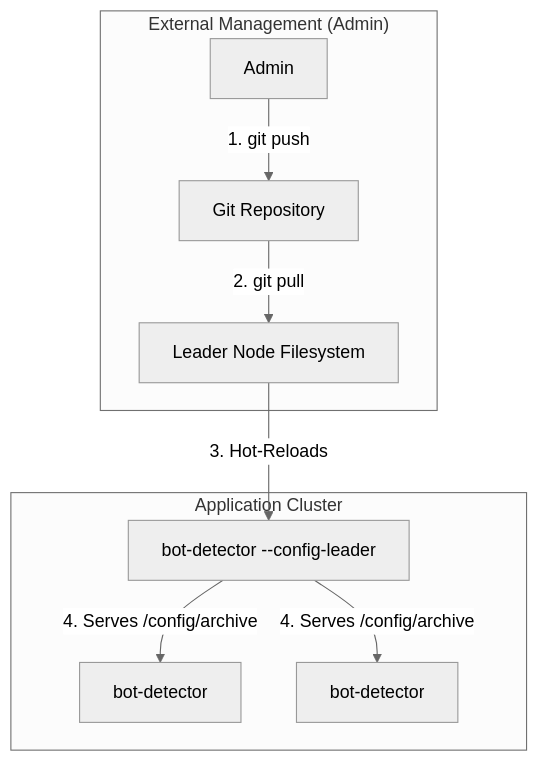
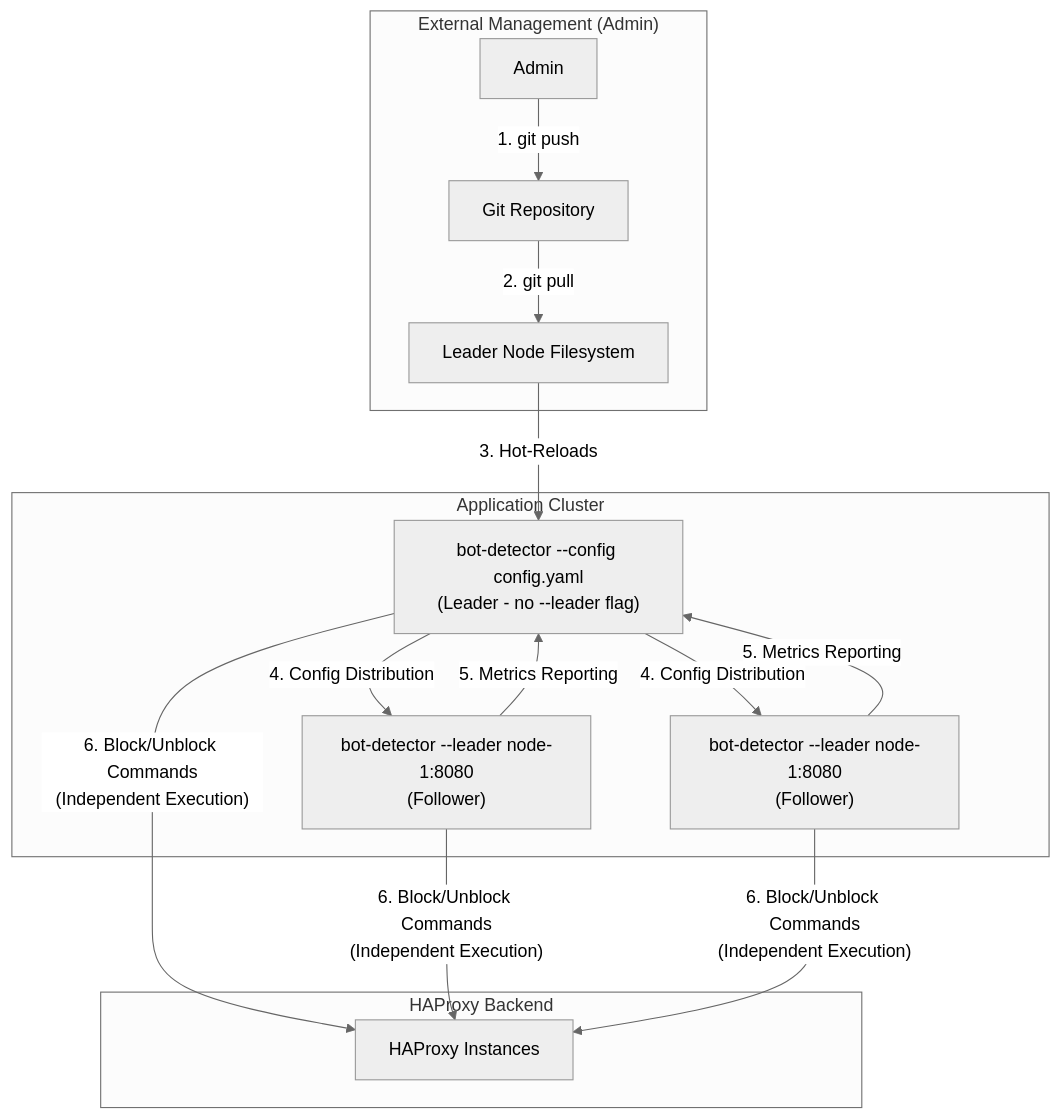
One commit to metabrainz/bot-detector changed the first of 3 diagrams in docs/ClusterConfiguration.md. Above: the diagram before and after it, drawn with Mermaid (neutral theme). The commit also changed other lines of this file, not shown here.

First line of the commit message:
docs(cluster): Refine cluster architecture specification

````diff
--- a/docs/ClusterConfiguration.md
+++ b/docs/ClusterConfiguration.md
@@ -20,17 +25,24 @@
 ```mermaid
 graph TD
     subgraph "External Management (Admin)"
         A["Git Repository"]
         B["Admin"]
         B -- "1. git push" --> A
         A -- "2. git pull" --> C["Leader Node Filesystem"]
     end
 
     subgraph "Application Cluster"
-        D["bot-detector --config-leader"]
-        E["bot-detector"]
-        F["bot-detector"]
+        D["bot-detector --config config.yaml<br/>(Leader - no --leader flag)"]
+        E["bot-detector --leader node-1:8080<br/>(Follower)"]
+        F["bot-detector --leader node-1:8080<br/>(Follower)"]
+
         C -- "3. Hot-Reloads" --> D
-        D -- "4. Serves /config/archive" --> E & F
+        D -- "4. Config Distribution" --> E & F
+        E & F -- "5. Metrics Reporting" --> D
+    end
+
+    subgraph "HAProxy Backend"
+        G["HAProxy Instances"]
+        D & E & F -- "6. Block/Unblock Commands<br/>(Independent Execution)" --> G
     end
 ```
````
